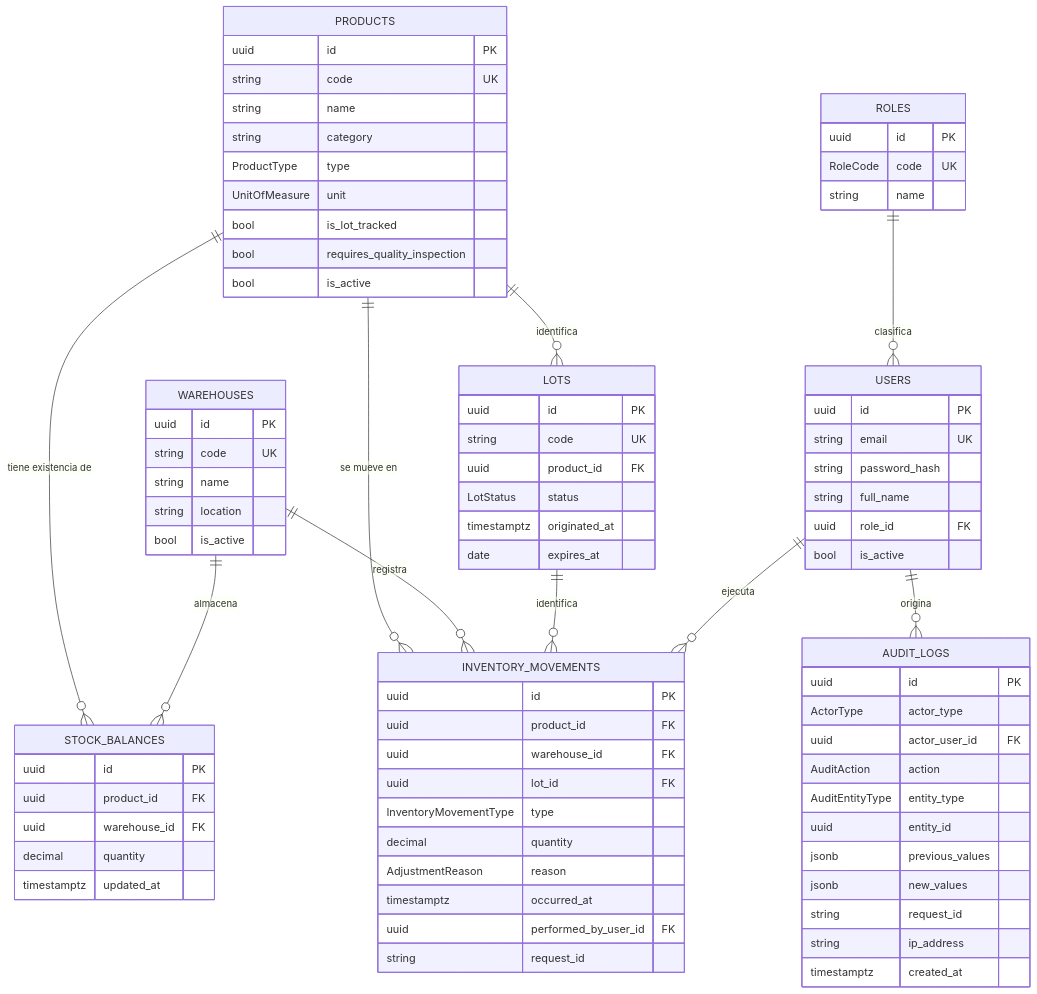
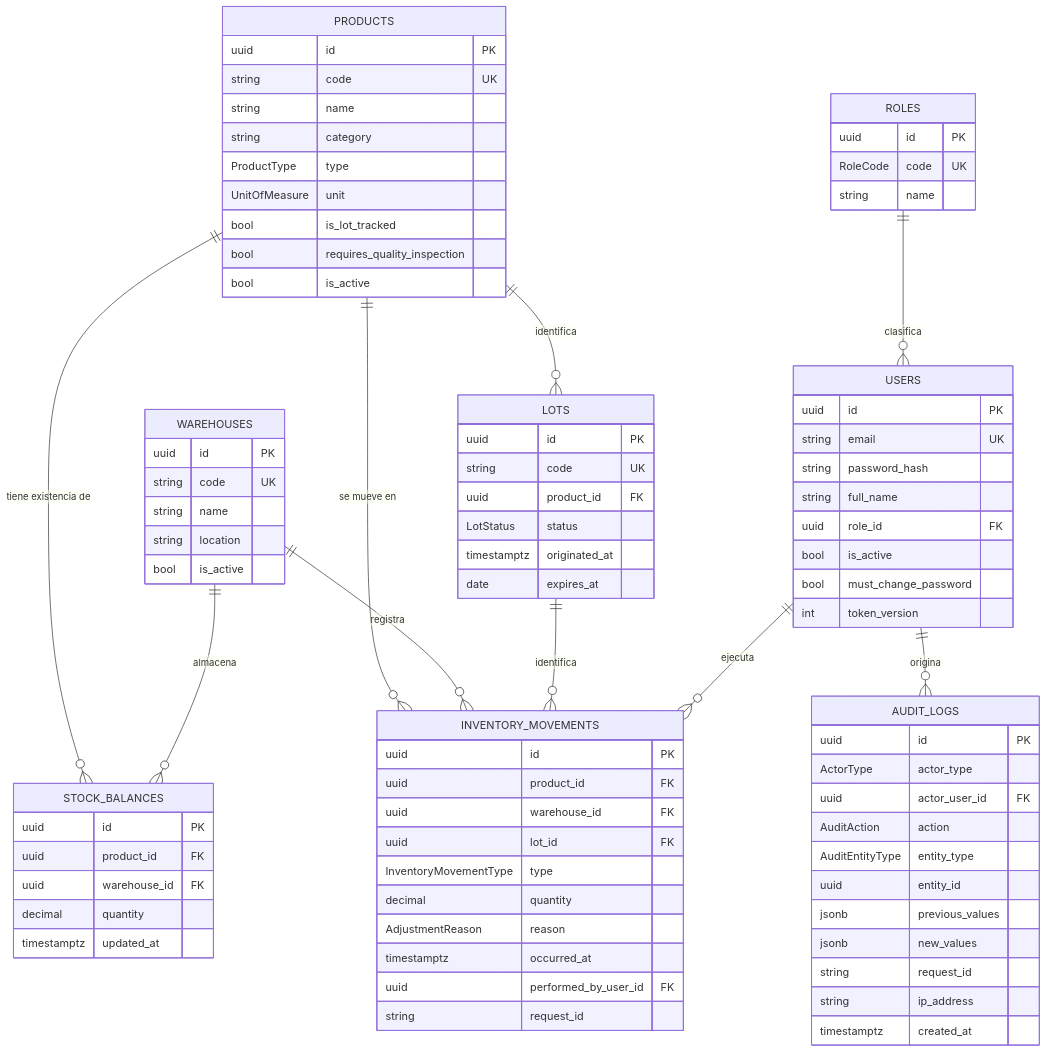
The first of 2 diagrams in docs/database.md (Luigui789/Manufactura), drawn with Mermaid before and after one commit. The commit also changed other lines of this file and 9 other files, not shown here.

```diff
--- a/docs/database.md
+++ b/docs/database.md
@@ -131,6 +134,8 @@
         string full_name
         uuid role_id FK
         bool is_active
+        bool must_change_password
+        int token_version
     }
     PRODUCTS {
         uuid id PK
```
